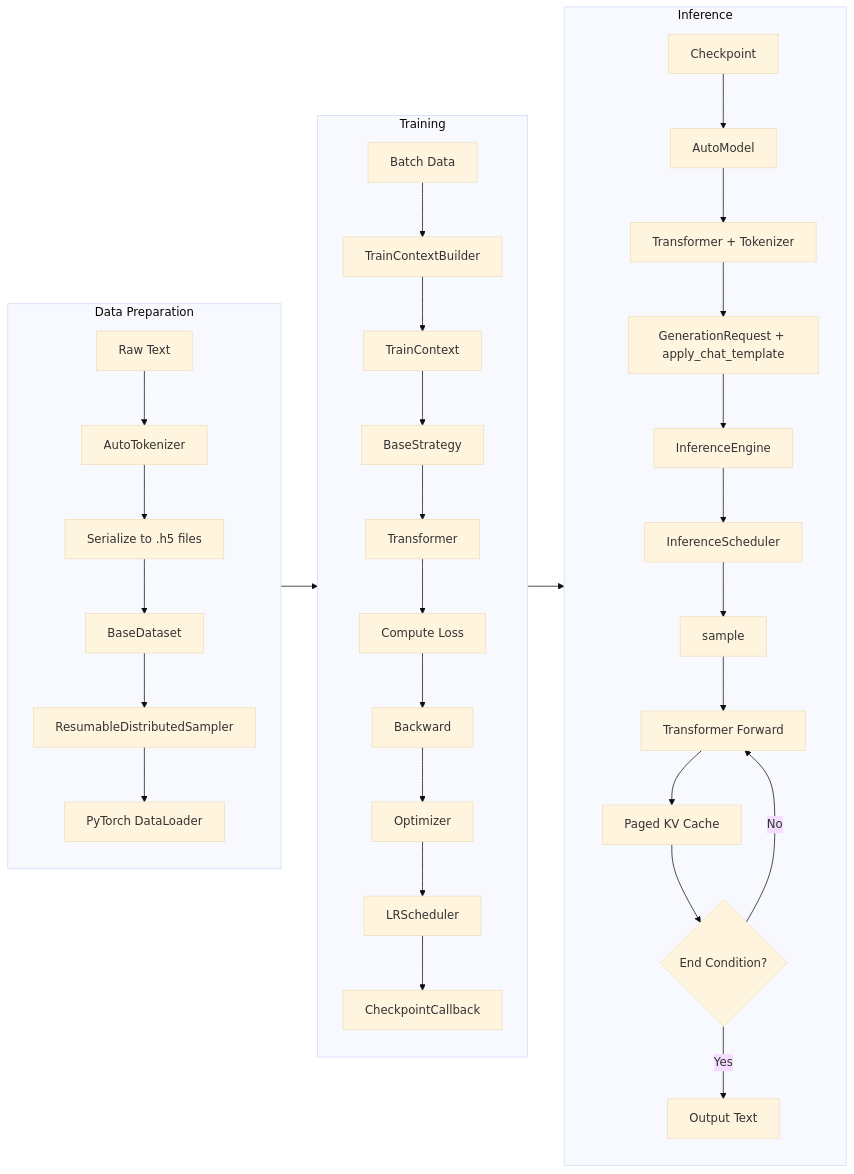
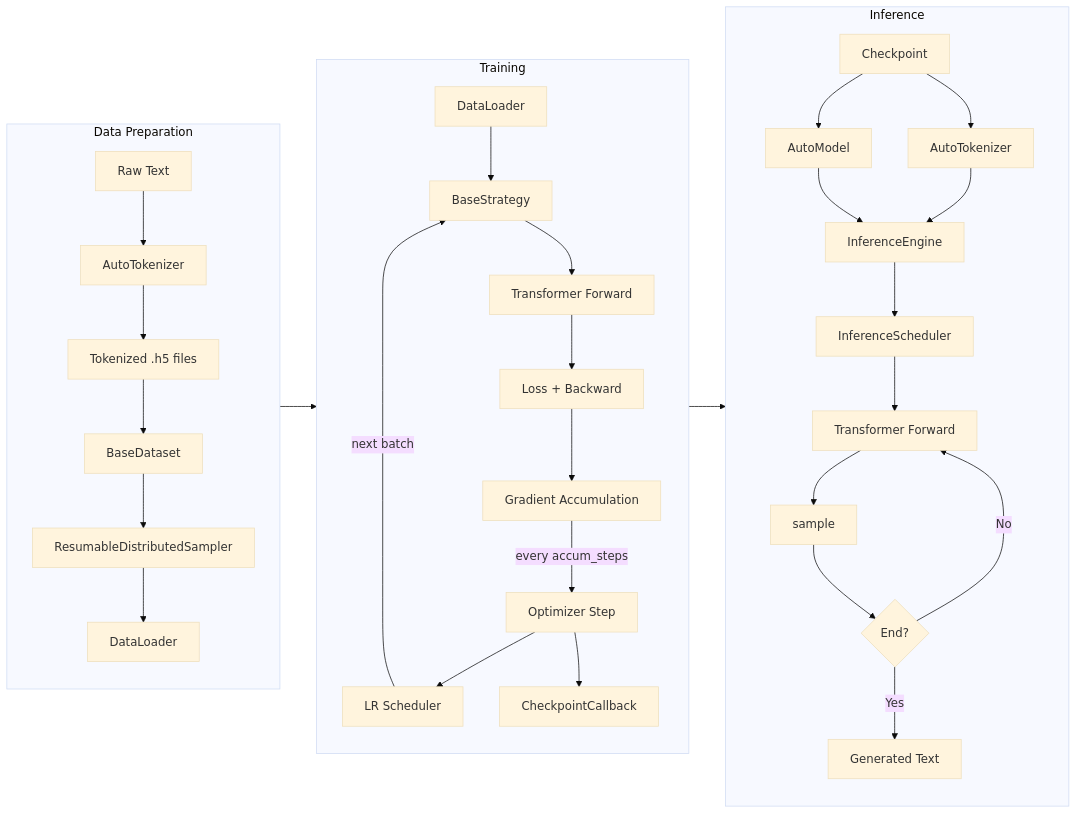
One commit to ViperEkura/KHAOSZ changed the diagram in assets/docs/dataflow.md. Above: the diagram before and after it, drawn with Mermaid (base theme). The commit also changed other lines of this file and 7 other files, not shown here.

First line of the commit message:
fix: 修复文档多处不准确 + inference scheduler 越界 bug + SchedulerCallback 回调阶段修正

````diff
--- a/assets/docs/dataflow.md
+++ b/assets/docs/dataflow.md
@@ -21,42 +19,40 @@
 ```mermaid
 flowchart LR
     subgraph A[Data Preparation]
         direction TB
         A1[Raw Text] --> A2[AutoTokenizer]
-        A2 --> A3[Serialize to .h5 files]
+        A2 --> A3[Tokenized .h5 files]
         A3 --> A4[BaseDataset]
         A4 --> A5[ResumableDistributedSampler]
-        A5 --> A6[PyTorch DataLoader]
+        A5 --> A6[DataLoader]
     end
 
     subgraph B[Training]
         direction TB
-        B1[Batch Data] --> B2[TrainContextBuilder]
-        B2 --> B3[TrainContext]
-        B3 --> B4[BaseStrategy]
-        B4 --> B5[Transformer]
-        B5 --> B6[Compute Loss]
-        B6 --> B7[Backward]
-        B7 --> B8[Optimizer]
-        B8 --> B9[LRScheduler]
-        B9 --> B10[CheckpointCallback]
+        B1[DataLoader] --> B2[BaseStrategy]
+        B2 --> B3[Transformer Forward]
+        B3 --> B4[Loss + Backward]
+        B4 --> B5[Gradient Accumulation]
+        B5 -->|every accum_steps| B6[Optimizer Step]
+        B6 --> B7[LR Scheduler]
+        B7 -->|next batch| B2
+        B6 --> B8[CheckpointCallback]
     end
 
     subgraph C[Inference]
         direction TB
         C1[Checkpoint] --> C2[AutoModel]
-        C2 --> C3[Transformer + Tokenizer]
-        C3 --> C4[GenerationRequest + apply_chat_template]
-        C4 --> C5[InferenceEngine]
-        C5 --> C6[InferenceScheduler]
+        C1 --> C3[AutoTokenizer]
+        C2 --> C4[InferenceEngine]
+        C3 --> C4
+        C4 --> C5[InferenceScheduler]
+        C5 --> C6[Transformer Forward]
         C6 --> C7[sample]
-        C7 --> C8[Transformer Forward]
-        C8 --> C9[Paged KV Cache]
-        C9 --> C10{End Condition?}
-        C10 -->|No| C8
-        C10 -->|Yes| C11[Output Text]
+        C7 --> C8{End?}
+        C8 -->|No| C6
+        C8 -->|Yes| C9[Generated Text]
     end
 
     A --> B
     B --> C
 ```
````
